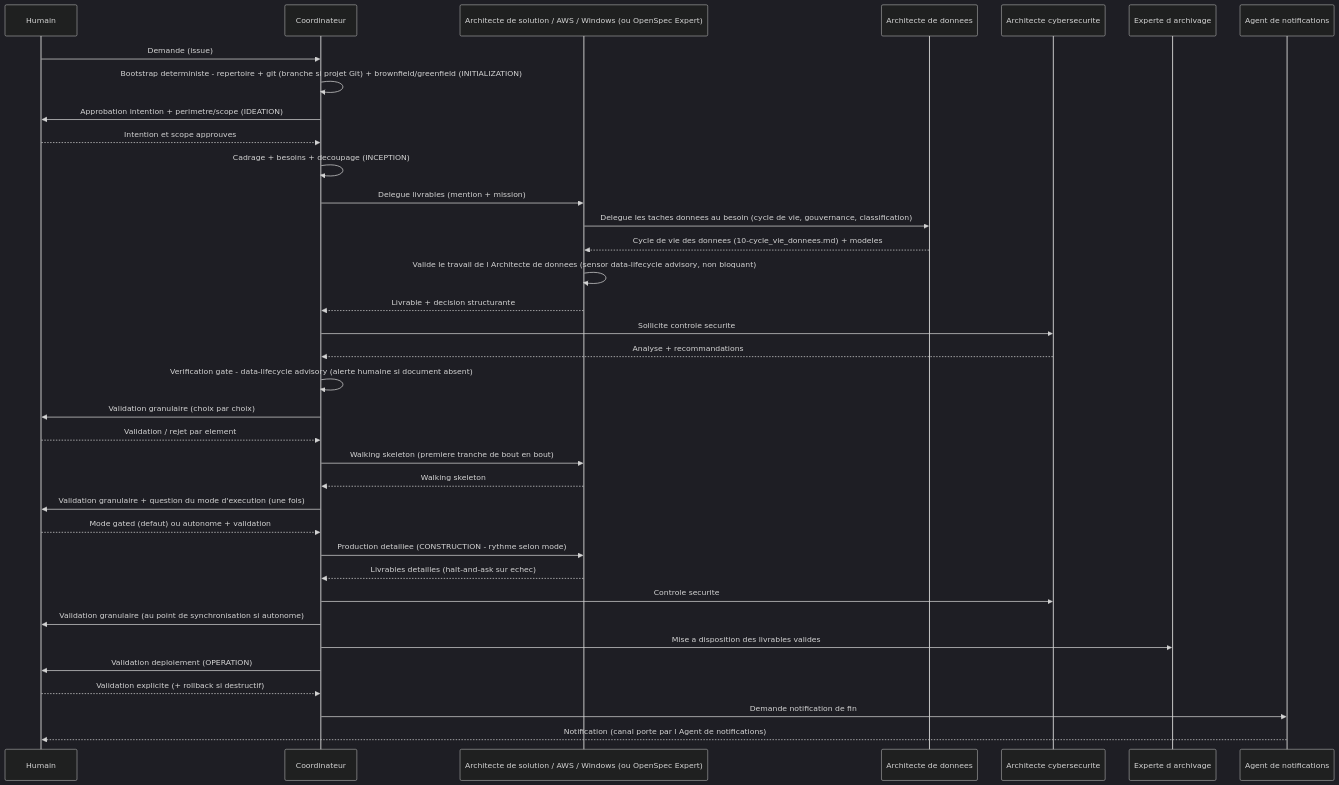
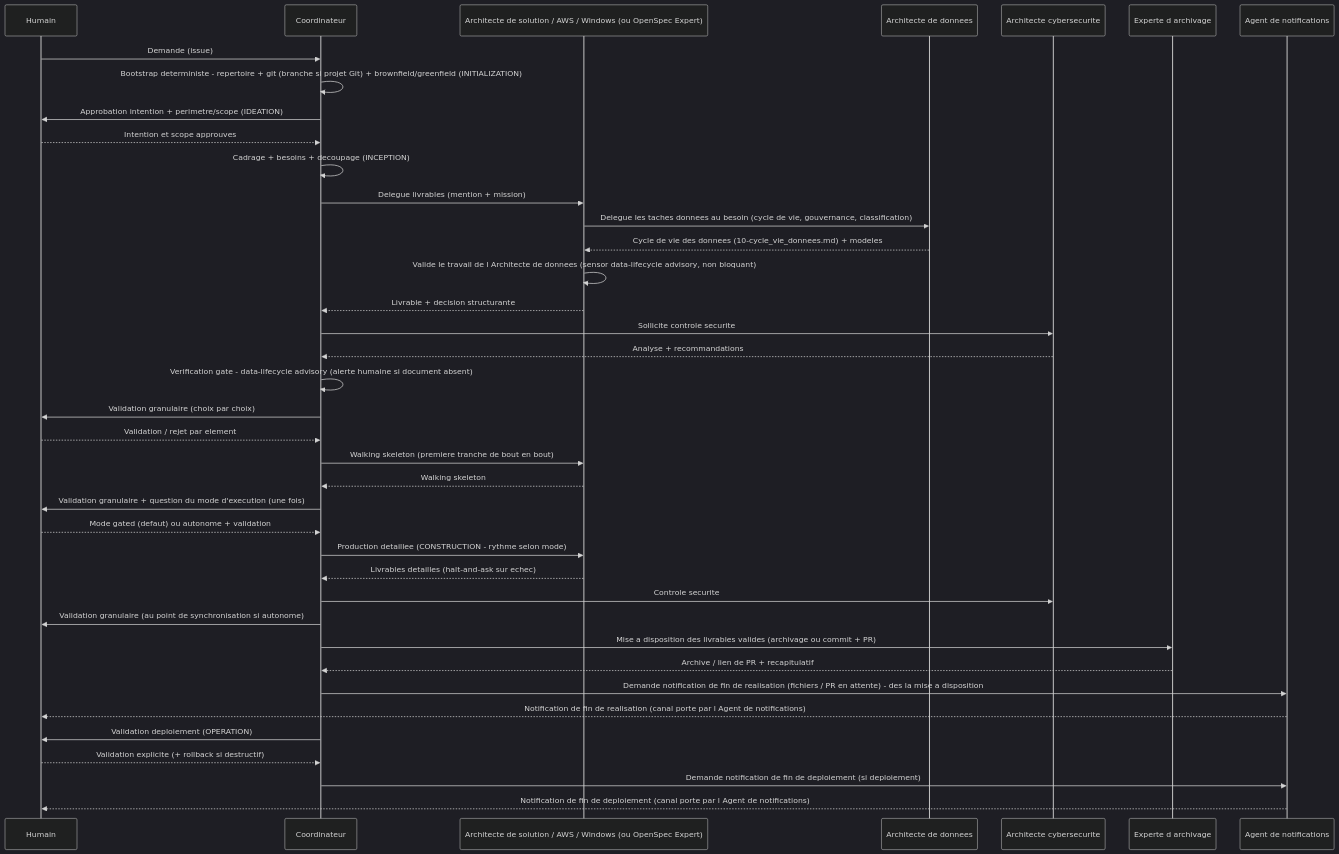
Before and after one commit to Gsyltc/homelab-portfolio: the second of 2 diagrams in core/common/conductor.md, drawn with Mermaid (dark theme). The commit also changed other lines of this file and 10 other files, not shown here.

First line of the commit message:
core(construction): mise à disposition par Git (commit + PR) + stage delivery-handoff (ORIG-185)

````diff
--- a/core/common/conductor.md
+++ b/core/common/conductor.md
@@ -188,39 +188,42 @@
 ```mermaid
 sequenceDiagram
     participant H as Humain
     participant S as Coordinateur
     participant A as Architecte de solution / AWS / Windows (ou OpenSpec Expert)
     participant D as Architecte de donnees
     participant X as Architecte cybersecurite
     participant N as Experte d archivage
     participant AL as Agent de notifications
 
     H->>S: Demande (issue)
     S->>S: Bootstrap deterministe - repertoire + git (branche si projet Git) + brownfield/greenfield (INITIALIZATION)
     S->>H: Approbation intention + perimetre/scope (IDEATION)
     H-->>S: Intention et scope approuves
     S->>S: Cadrage + besoins + decoupage (INCEPTION)
     S->>A: Delegue livrables (mention + mission)
     A->>D: Delegue les taches donnees au besoin (cycle de vie, gouvernance, classification)
     D-->>A: Cycle de vie des donnees (10-cycle_vie_donnees.md) + modeles
     A->>A: Valide le travail de l Architecte de donnees (sensor data-lifecycle advisory, non bloquant)
     A-->>S: Livrable + decision structurante
     S->>X: Sollicite controle securite
     X-->>S: Analyse + recommandations
     S->>S: Verification gate - data-lifecycle advisory (alerte humaine si document absent)
     S->>H: Validation granulaire (choix par choix)
     H-->>S: Validation / rejet par element
     S->>A: Walking skeleton (premiere tranche de bout en bout)
     A-->>S: Walking skeleton
     S->>H: Validation granulaire + question du mode d'execution (une fois)
     H-->>S: Mode gated (defaut) ou autonome + validation
     S->>A: Production detaillee (CONSTRUCTION - rythme selon mode)
     A-->>S: Livrables detailles (halt-and-ask sur echec)
     S->>X: Controle securite
     S->>H: Validation granulaire (au point de synchronisation si autonome)
-    S->>N: Mise a disposition des livrables valides
+    S->>N: Mise a disposition des livrables valides (archivage ou commit + PR)
+    N-->>S: Archive / lien de PR + recapitulatif
+    S->>AL: Demande notification de fin de realisation (fichiers / PR en attente) - des la mise a disposition
+    AL-->>H: Notification de fin de realisation (canal porte par l Agent de notifications)
     S->>H: Validation deploiement (OPERATION)
     H-->>S: Validation explicite (+ rollback si destructif)
-    S->>AL: Demande notification de fin
-    AL-->>H: Notification (canal porte par l Agent de notifications)
+    S->>AL: Demande notification de fin de deploiement (si deploiement)
+    AL-->>H: Notification de fin de deploiement (canal porte par l Agent de notifications)
 ```
````
